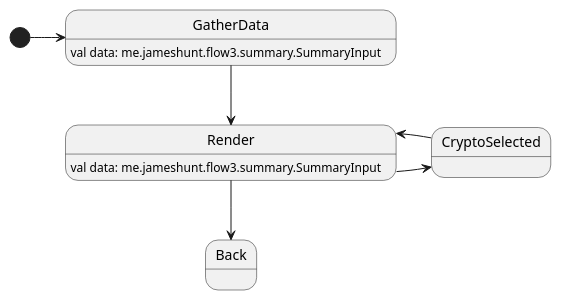
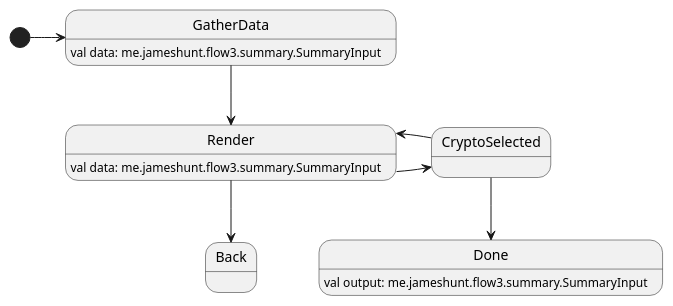
One commit to huntj88/Flow changed the diagram in app/src/main/java/me/jameshunt/flow3/summary/SummaryGen.puml. Above: the diagram before and after it, drawn with PlantUML. The commit also changed 3 other files, not shown here.

```diff
--- a/app/src/main/java/me/jameshunt/flow3/summary/SummaryGen.puml
+++ b/app/src/main/java/me/jameshunt/flow3/summary/SummaryGen.puml
@@ -1,12 +1,14 @@
 @startuml
 
 Render : val data: me.jameshunt.flow3.summary.SummaryInput
 GatherData : val data: me.jameshunt.flow3.summary.SummaryInput
+Done : val output: me.jameshunt.flow3.summary.SummaryInput
 
 [*] -> GatherData
 GatherData --> Render
 Render --> Back
 Render -> CryptoSelected
 CryptoSelected -> Render
+CryptoSelected --> Done
 
 @enduml
```
